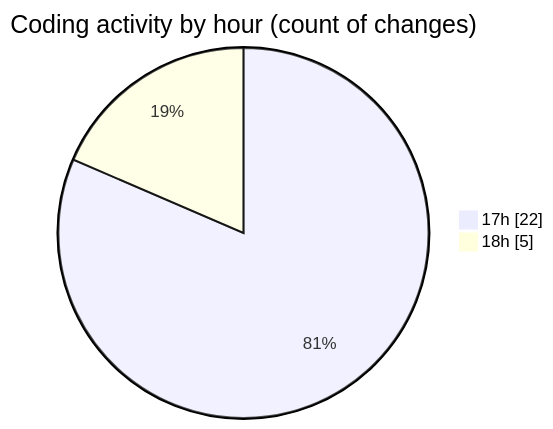
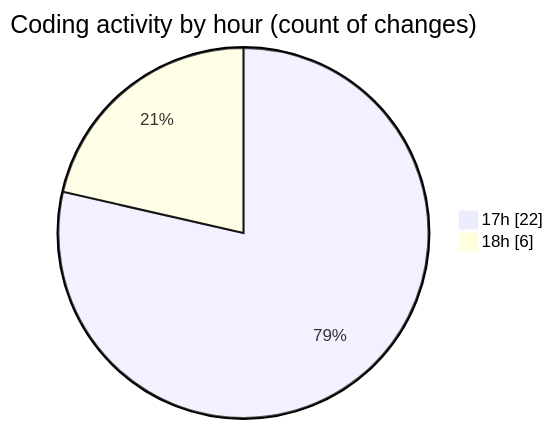
Before and after one commit to Netris89/code-tracking: the second of 2 diagrams in 2025-10-30/skintrack/README.md, drawn with Mermaid. The commit also changed other lines of this file and 1 other file, not shown here.

````diff
--- a/2025-10-30/skintrack/README.md
+++ b/2025-10-30/skintrack/README.md
@@ -30,6 +30,6 @@
 ```mermaid
 pie showData
 title Coding activity by hour (count of changes)
 "17h" : 22
-"18h" : 5
+"18h" : 6
 ```
````
